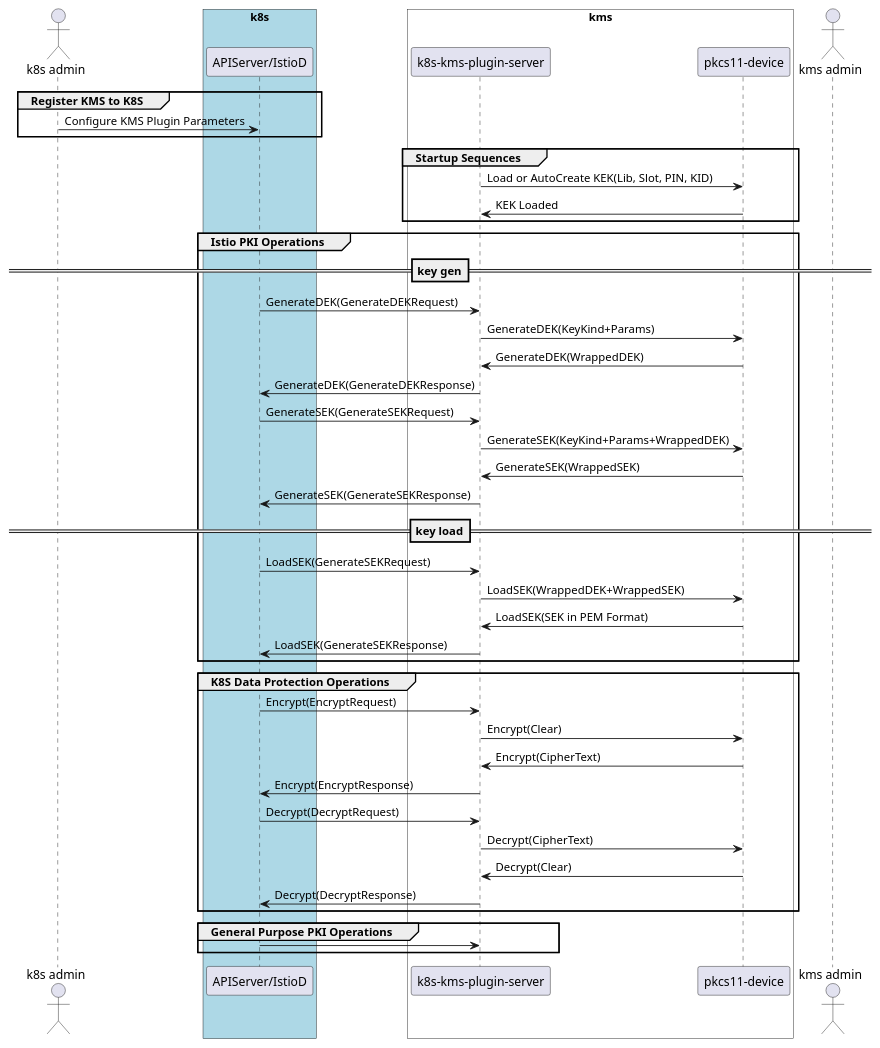
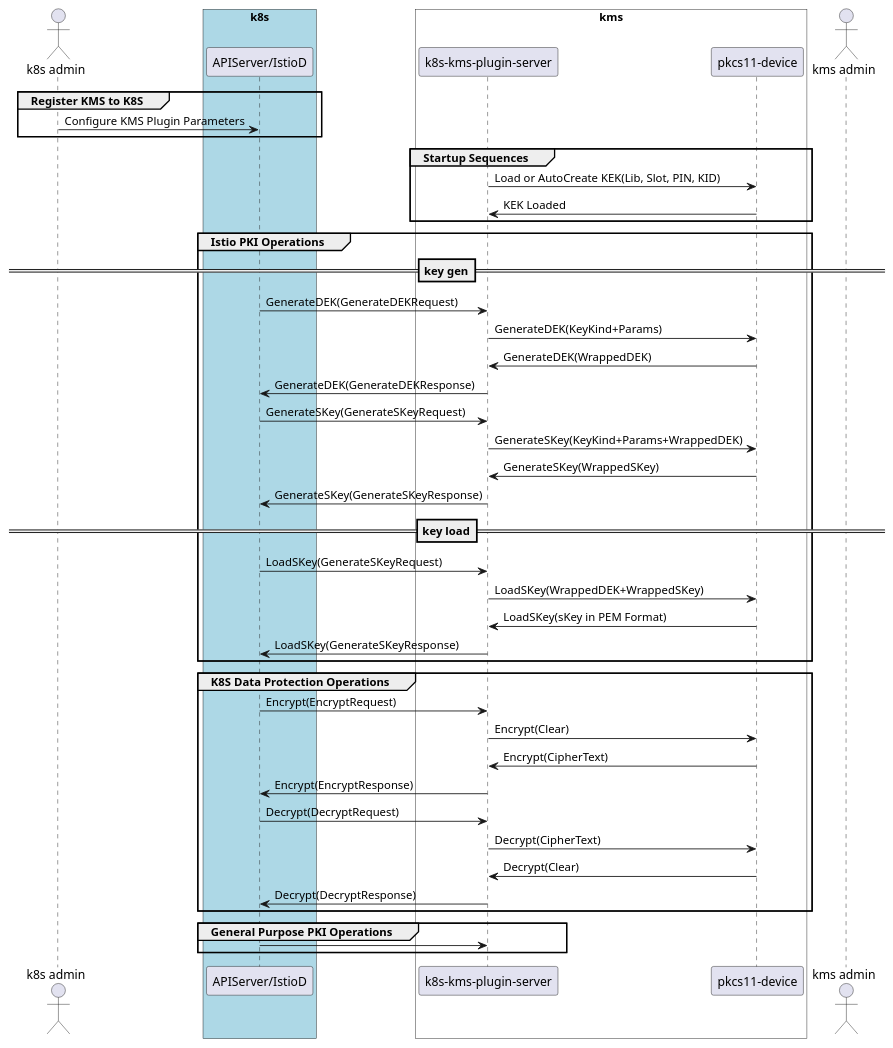
One commit to ThalesGroup/k8s-kms-plugin changed the diagram in docs/standalone.puml. Above: the diagram before and after it, drawn with PlantUML. The commit also changed 4 other files, not shown here.

```diff
--- a/docs/standalone.puml
+++ b/docs/standalone.puml
@@ -1,61 +1,61 @@
 @startuml
     actor "k8s admin" as k8sa
 
     box "k8s" #LightBlue
         participant "APIServer/IstioD" as apis
     end box
 
     box "kms" #fff
         participant "k8s-kms-plugin-server" as server
         participant "pkcs11-device" as p11
     end box
 
     group Register KMS to K8S
         k8sa -> apis : Configure KMS Plugin Parameters
 
     end
 
     group Startup Sequences
         server -> p11 : Load or AutoCreate KEK(Lib, Slot, PIN, KID)
         p11 -> server : KEK Loaded
     end
 
     group Istio PKI Operations
         ==key gen==
         apis -> server : GenerateDEK(GenerateDEKRequest)
         server -> p11 : GenerateDEK(KeyKind+Params)
         server <- p11 : GenerateDEK(WrappedDEK)
         apis <- server : GenerateDEK(GenerateDEKResponse)
-        apis -> server : GenerateSEK(GenerateSEKRequest)
-        server -> p11 : GenerateSEK(KeyKind+Params+WrappedDEK)
-        server <- p11 : GenerateSEK(WrappedSEK)
-        apis <- server : GenerateSEK(GenerateSEKResponse)
+        apis -> server : GenerateSKey(GenerateSKeyRequest)
+        server -> p11 : GenerateSKey(KeyKind+Params+WrappedDEK)
+        server <- p11 : GenerateSKey(WrappedSKey)
+        apis <- server : GenerateSKey(GenerateSKeyResponse)
 
         ==key load==
-        apis -> server : LoadSEK(GenerateSEKRequest)
-        server -> p11 : LoadSEK(WrappedDEK+WrappedSEK)
-        server <- p11 : LoadSEK(SEK in PEM Format)
-        apis <- server : LoadSEK(GenerateSEKResponse)
+        apis -> server : LoadSKey(GenerateSKeyRequest)
+        server -> p11 : LoadSKey(WrappedDEK+WrappedSKey)
+        server <- p11 : LoadSKey(sKey in PEM Format)
+        apis <- server : LoadSKey(GenerateSKeyResponse)
 
     end
     group K8S Data Protection Operations
 
         apis -> server : Encrypt(EncryptRequest)
         server -> p11 : Encrypt(Clear)
         server <- p11 : Encrypt(CipherText)
         apis <- server : Encrypt(EncryptResponse)
 
         apis -> server : Decrypt(DecryptRequest)
         server -> p11 : Decrypt(CipherText)
         server <- p11 : Decrypt(Clear)
         apis <- server : Decrypt(DecryptResponse)
 
     end
 
 
     group General Purpose PKI Operations
         apis -> server :
     end
     actor "kms admin" as kmsa
 
 @enduml
```
